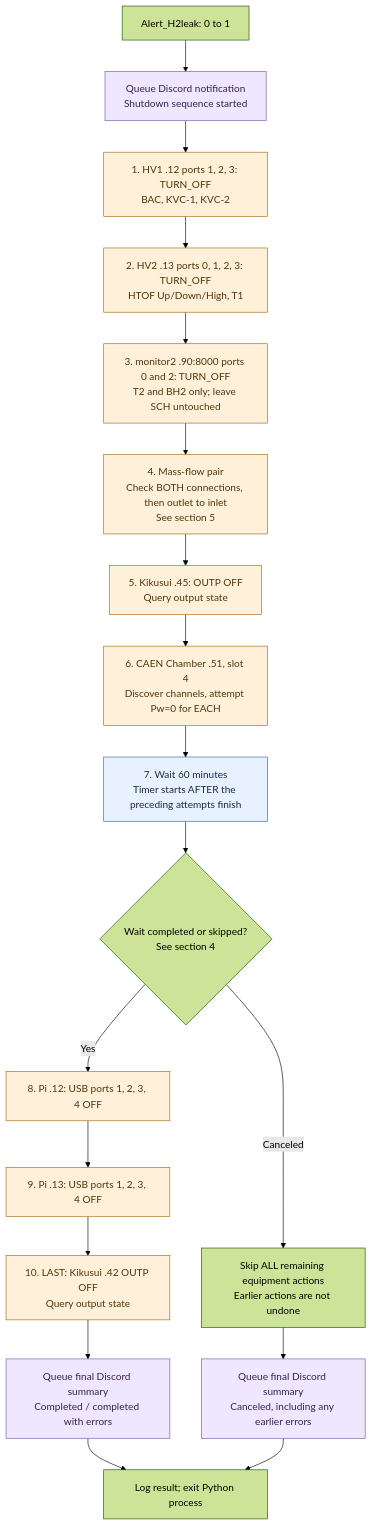
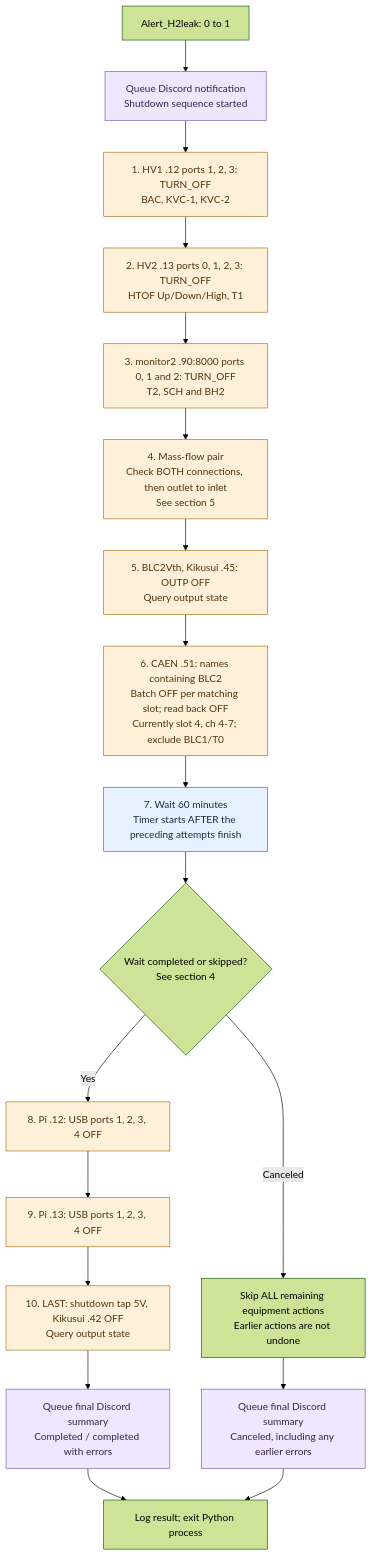
One commit to hyptpc/lh2_leak_monitor changed the third of 5 diagrams in operation-guide/README.md. Above: the diagram before and after it, drawn with Mermaid (forest theme). The commit also changed other lines of this file and 12 other files, not shown here.

First line of the commit message:
Include SCH and switch off CAEN channels selected by BLC2 names

```diff
--- a/operation-guide/README.md
+++ b/operation-guide/README.md
@@ -125,26 +124,26 @@
 ~~~mermaid
 flowchart TD
     A["Alert_H2leak: 0 to 1"] --> N1["Queue Discord notification<br/>Shutdown sequence started"]
     N1 --> H12["1. HV1 .12 ports 1, 2, 3: TURN_OFF<br/>BAC, KVC-1, KVC-2"]
     H12 --> H13["2. HV2 .13 ports 0, 1, 2, 3: TURN_OFF<br/>HTOF Up/Down/High, T1"]
-    H13 --> H90["3. monitor2 .90:8000 ports 0 and 2: TURN_OFF<br/>T2 and BH2 only; leave SCH untouched"]
+    H13 --> H90["3. monitor2 .90:8000 ports 0, 1 and 2: TURN_OFF<br/>T2, SCH and BH2"]
     H90 --> MF["4. Mass-flow pair<br/>Check BOTH connections, then outlet to inlet<br/>See section 5"]
-    MF --> K45["5. Kikusui .45: OUTP OFF<br/>Query output state"]
-    K45 --> CA["6. CAEN Chamber .51, slot 4<br/>Discover channels, attempt Pw=0 for EACH"]
+    MF --> K45["5. BLC2Vth, Kikusui .45: OUTP OFF<br/>Query output state"]
+    K45 --> CA["6. CAEN .51: names containing BLC2<br/>Batch OFF per matching slot; read back OFF<br/>Currently slot 4, ch 4-7; exclude BLC1/T0"]
     CA --> WAIT["7. Wait 60 minutes<br/>Timer starts AFTER the preceding attempts finish"]
     WAIT --> CONT{"Wait completed or skipped?<br/>See section 4"}
     CONT -->|Canceled| CANCEL["Skip ALL remaining equipment actions<br/>Earlier actions are not undone"]
     CONT -->|Yes| U12["8. Pi .12: USB ports 1, 2, 3, 4 OFF"]
     U12 --> U13["9. Pi .13: USB ports 1, 2, 3, 4 OFF"]
-    U13 --> K42["10. LAST: Kikusui .42 OUTP OFF<br/>Query output state"]
+    U13 --> K42["10. LAST: shutdown tap 5V, Kikusui .42 OFF<br/>Query output state"]
     K42 --> SUM["Queue final Discord summary<br/>Completed / completed with errors"]
     CANCEL --> CS["Queue final Discord summary<br/>Canceled, including any earlier errors"]
     SUM --> EXIT["Log result; exit Python process"]
     CS --> EXIT
     classDef action fill:#fff0d9,stroke:#a66a17,color:#51350c;
     classDef wait fill:#e8f1ff,stroke:#3568a8,color:#182c44;
     classDef notify fill:#eee7ff,stroke:#7656a5,color:#35234f;
     class H12,H13,H90,MF,K45,CA,U12,U13,K42 action;
     class WAIT wait;
     class N1,SUM,CS notify;
 ~~~
```
